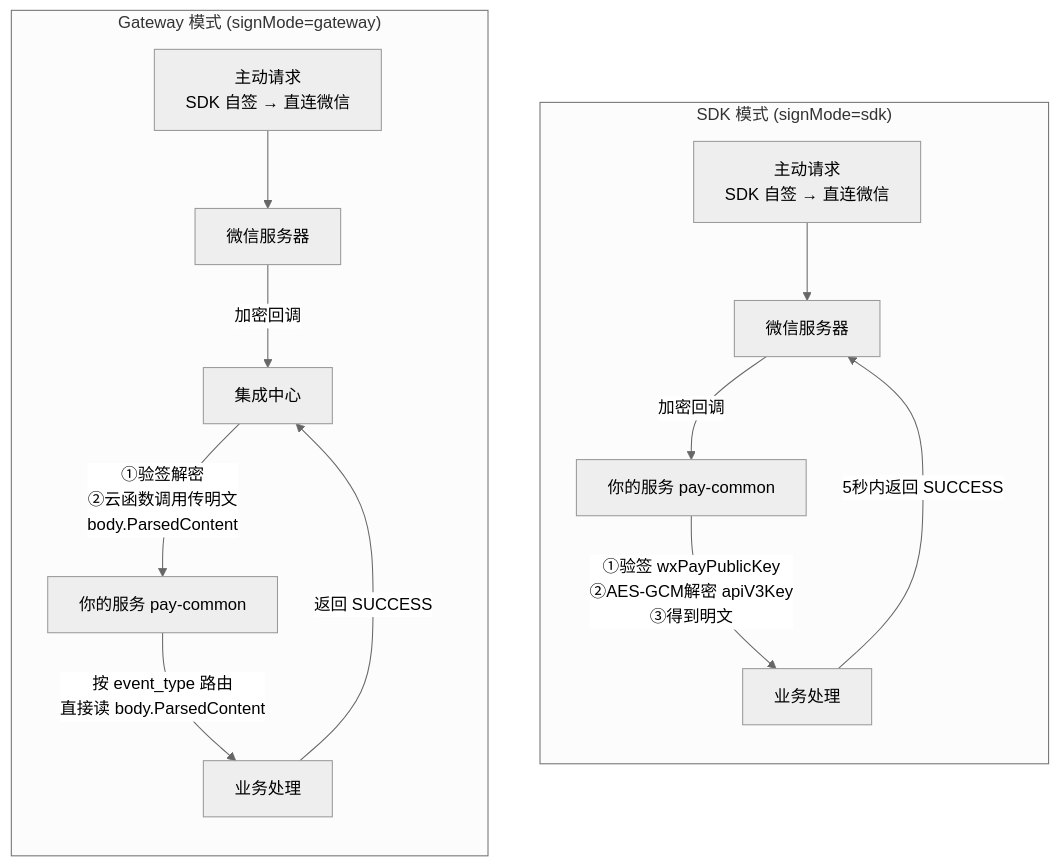
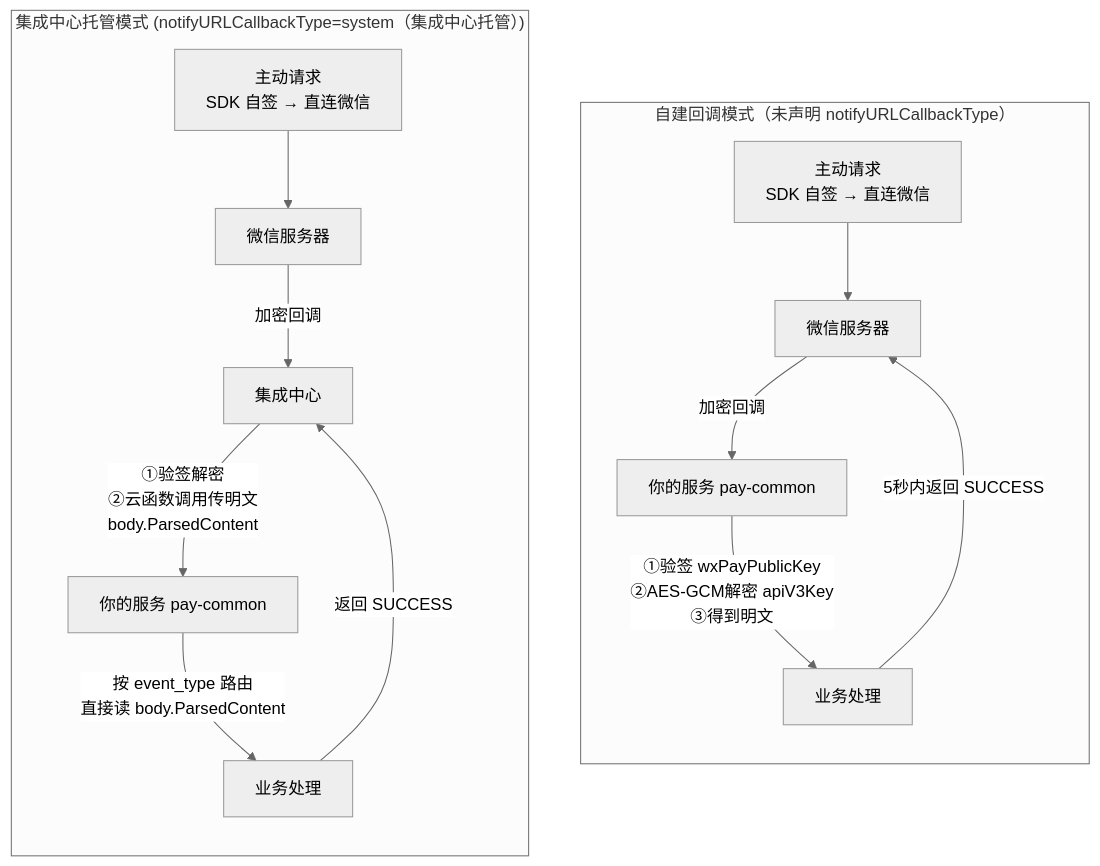
One commit to TencentCloudBase/awesome-cloudbase-examples changed the third of 4 diagrams in integration/cloudbase-wx-pay/skill/cloudbase-wechatpay/assets/architecture.md. Above: the diagram before and after it, drawn with Mermaid (neutral theme). The commit also changed other lines of this file and 129 other files, not shown here.

````diff
--- a/integration/cloudbase-wx-pay/skill/cloudbase-wechatpay/assets/architecture.md
+++ b/integration/cloudbase-wx-pay/skill/cloudbase-wechatpay/assets/architecture.md
@@ -97,19 +95,19 @@
 ```mermaid
 graph TB
-    subgraph SDK["SDK 模式 (signMode=sdk)"]
+    subgraph SDK["自建回调模式（未声明 notifyURLCallbackType）"]
         direction TB
         SDK_REQ["主动请求<br/>SDK 自签 → 直连微信"] --> WXS
         WXS["微信服务器"] -->|"加密回调"| SDK_CB
         SDK_CB["你的服务 pay-common"] -->|"①验签 wxPayPublicKey<br/>②AES-GCM解密 apiV3Key<br/>③得到明文"| SDK_BIZ
         SDK_BIZ["业务处理"] -->|"5秒内返回 SUCCESS"| WXS
     end
 
-    subgraph GW["Gateway 模式 (signMode=gateway)"]
+    subgraph GW["集成中心托管模式 (notifyURLCallbackType=system（集成中心托管）)"]
         direction TB
         GW_REQ["主动请求<br/>SDK 自签 → 直连微信"] --> WXG
         WXG["微信服务器"] -->|"加密回调"| IC
         IC["集成中心"] -->|"①验签解密<br/>②云函数调用传明文<br/>body.ParsedContent"| GW_CB
         GW_CB["你的服务 pay-common"] -->|"按 event_type 路由<br/>直接读 body.ParsedContent"| GW_BIZ
         GW_BIZ["业务处理"] -->|"返回 SUCCESS"| IC
     end
 ```
````
